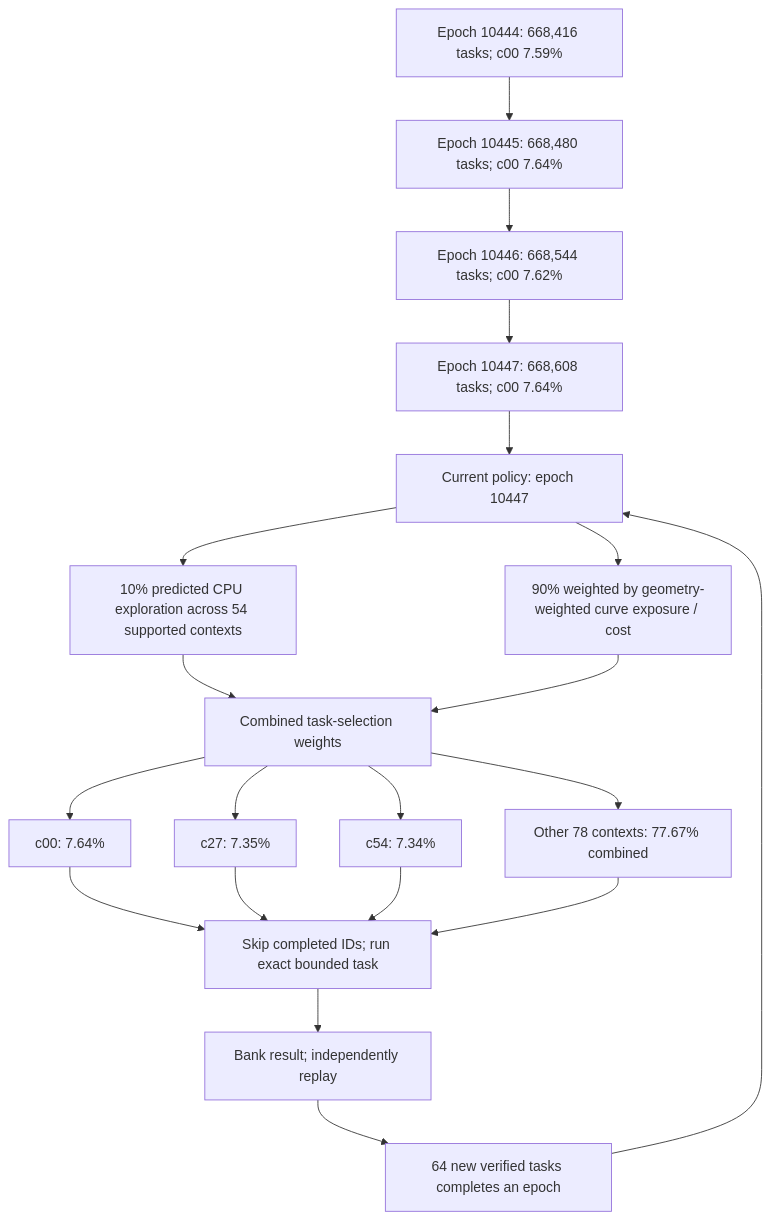
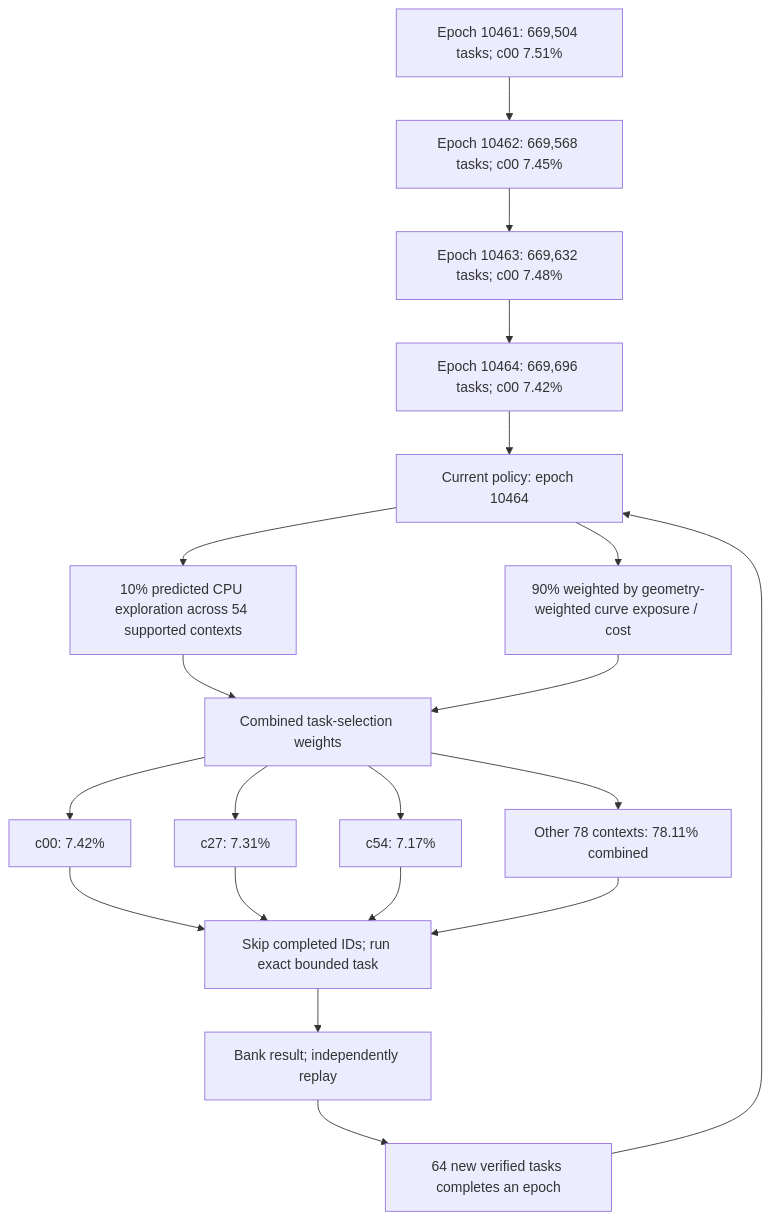
The first of 4 diagrams in README.md (Kuberwastaken/math-gambling), drawn with Mermaid before and after one commit. The commit also changed other lines of this file and 2933 other files, not shown here.

````diff
--- a/README.md
+++ b/README.md
@@ -60,27 +60,27 @@
 ```mermaid
 flowchart TD
-    H0["Epoch 10444: 668,416 tasks; c00 7.59%"]
-    H1["Epoch 10445: 668,480 tasks; c00 7.64%"]
+    H0["Epoch 10461: 669,504 tasks; c00 7.51%"]
+    H1["Epoch 10462: 669,568 tasks; c00 7.45%"]
     H0 --> H1
-    H2["Epoch 10446: 668,544 tasks; c00 7.62%"]
+    H2["Epoch 10463: 669,632 tasks; c00 7.48%"]
     H1 --> H2
-    H3["Epoch 10447: 668,608 tasks; c00 7.64%"]
+    H3["Epoch 10464: 669,696 tasks; c00 7.42%"]
     H2 --> H3
-    Policy["Current policy: epoch 10447"]
+    Policy["Current policy: epoch 10464"]
     H3 --> Policy
     Policy --> Explore["10% predicted CPU exploration across 54 supported contexts"]
     Policy --> Cost["90% weighted by geometry-weighted curve exposure / cost"]
     Explore --> Mix["Combined task-selection weights"]
     Cost --> Mix
-    Mix --> C0["c00: 7.64%"]
-    Mix --> C1["c27: 7.35%"]
-    Mix --> C2["c54: 7.34%"]
-    Mix --> Rest["Other 78 contexts: 77.67% combined"]
+    Mix --> C0["c00: 7.42%"]
+    Mix --> C1["c27: 7.31%"]
+    Mix --> C2["c54: 7.17%"]
+    Mix --> Rest["Other 78 contexts: 78.11% combined"]
     C0 --> Check["Skip completed IDs; run exact bounded task"]
     C1 --> Check
     C2 --> Check
     Rest --> Check
     Check --> Replay["Bank result; independently replay"]
     Replay --> Gate["64 new verified tasks completes an epoch"]
     Gate --> Policy
 ```
````
